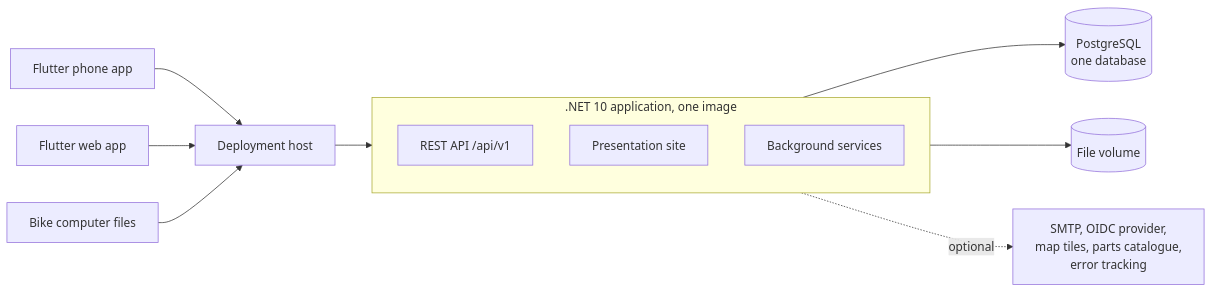
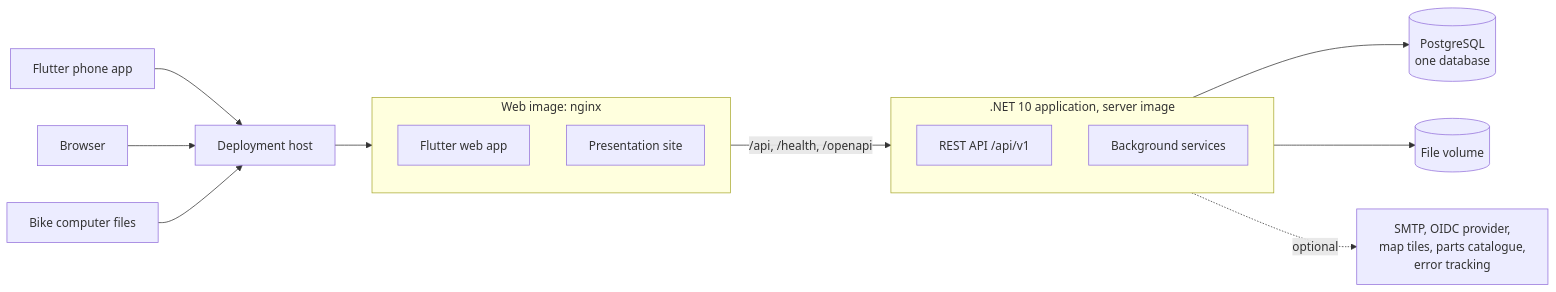
Before and after one commit to zenkraker/Velomine: the first of 3 diagrams in docs/architecture.md, drawn with Mermaid. The commit also changed other lines of this file, not shown here.

First line of the commit message:
Decide: two images behind one origin, Traefik at the edge, demo only for now

````diff
--- a/docs/architecture.md
+++ b/docs/architecture.md
@@ -18,17 +18,23 @@
 ```mermaid
 flowchart LR
   M[Flutter phone app] --> HOST[Deployment host]
-  W[Flutter web app] --> HOST
+  B[Browser] --> HOST
   U[Bike computer files] --> HOST
-  HOST --> APP
+  HOST --> WEBIMG
 
-  subgraph APP[".NET 10 application, one image"]
+  subgraph WEBIMG["Web image: nginx"]
+    WEBAPP[Flutter web app]
+    SITE[Presentation site]
+  end
+
+  WEBIMG -->|/api, /health, /openapi| APP
+
+  subgraph APP[".NET 10 application, server image"]
     API[REST API /api/v1]
-    SITE[Presentation site]
     BG[Background services]
   end
 
   APP --> PG[(PostgreSQL<br/>one database)]
   APP --> FS[(File volume)]
   APP -.optional.-> EXT[SMTP, OIDC provider,<br/>map tiles, parts catalogue,<br/>error tracking]
 ```
````
